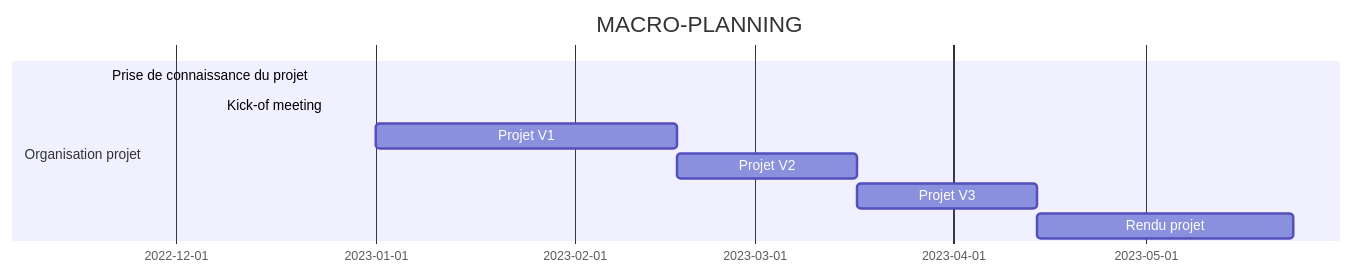
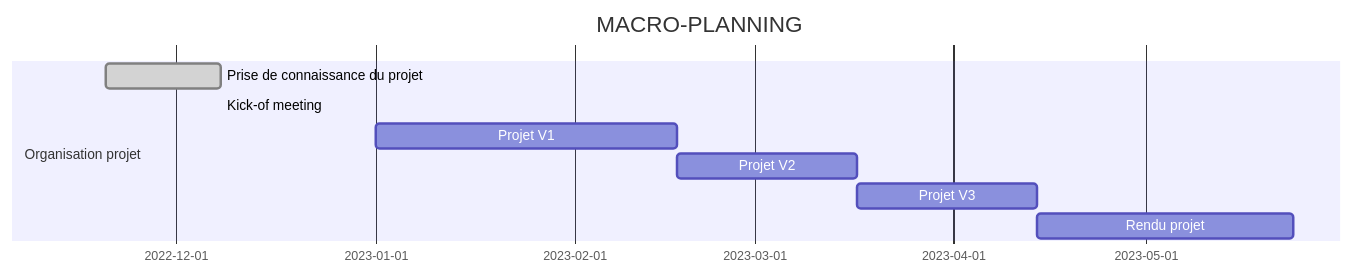
Before and after one commit to morganLantrade/TP_M1: the diagram in readme.md, drawn with Mermaid.

````diff
--- a/readme.md
+++ b/readme.md
@@ -36,14 +36,14 @@
 ```mermaid
 gantt
 dateFormat  YYYY-MM-DD
 
 title MACRO-PLANNING
 
 section Organisation projet
-Prise de connaissance du projet            :done,    des1, 2022-11-20,2022-12-8
+Prise de connaissance du projet           :done,    des1, 2022-11-20,18d
 Kick-of meeting               :active,  des2, 2022-12-8,2022-12-9
 Projet V1               	:         des3, 2023-01-01,2023-02-17
 Projet V2                :        des4, 2023-02-17,2023-03-17
 Projet V3                 :        des5, 2023-03-17,2023-04-14
 Rendu projet                :        after des5,40d
 ```
````
